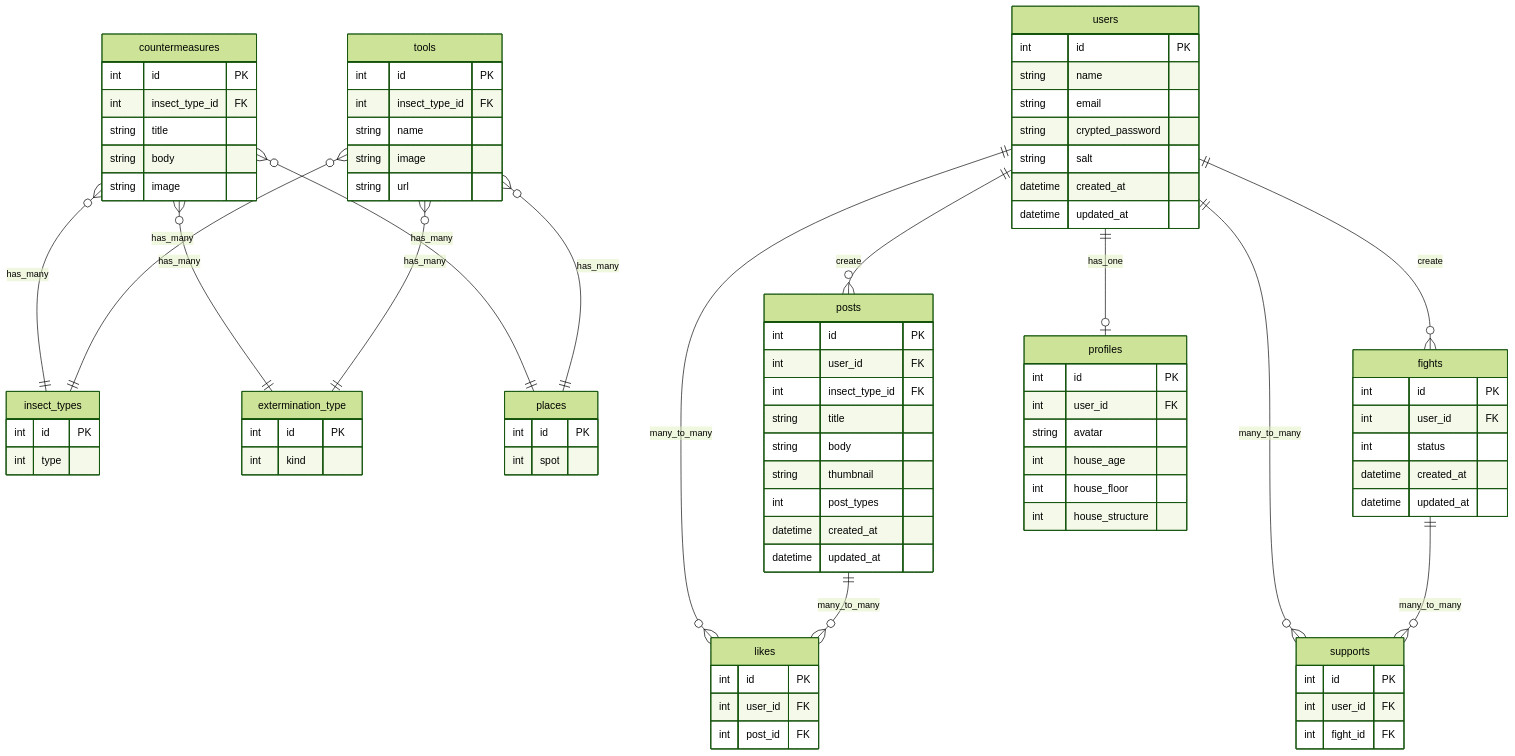
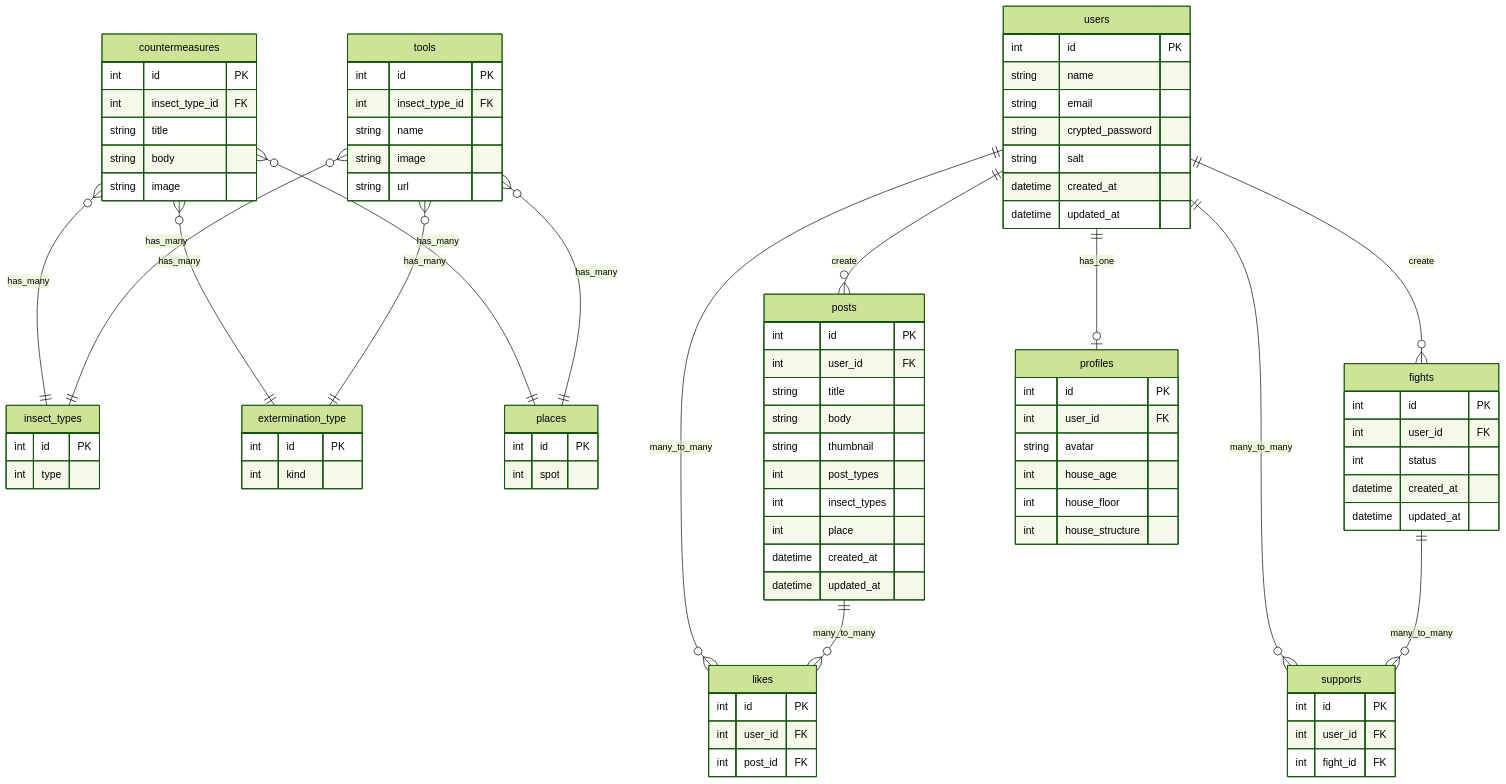
The diagram in README.md (hagimoto0943/goki-network), drawn with Mermaid (forest theme) before and after one commit. The commit also changed 15 other files, not shown here.

```diff
--- a/README.md
+++ b/README.md
@@ -108,11 +108,12 @@
   posts {
     int id PK
     int user_id FK
-    int insect_type_id FK
     string title
     string body
     string thumbnail
     int post_types
+    int insect_types
+    int place
     datetime created_at
     datetime updated_at
   }
```
